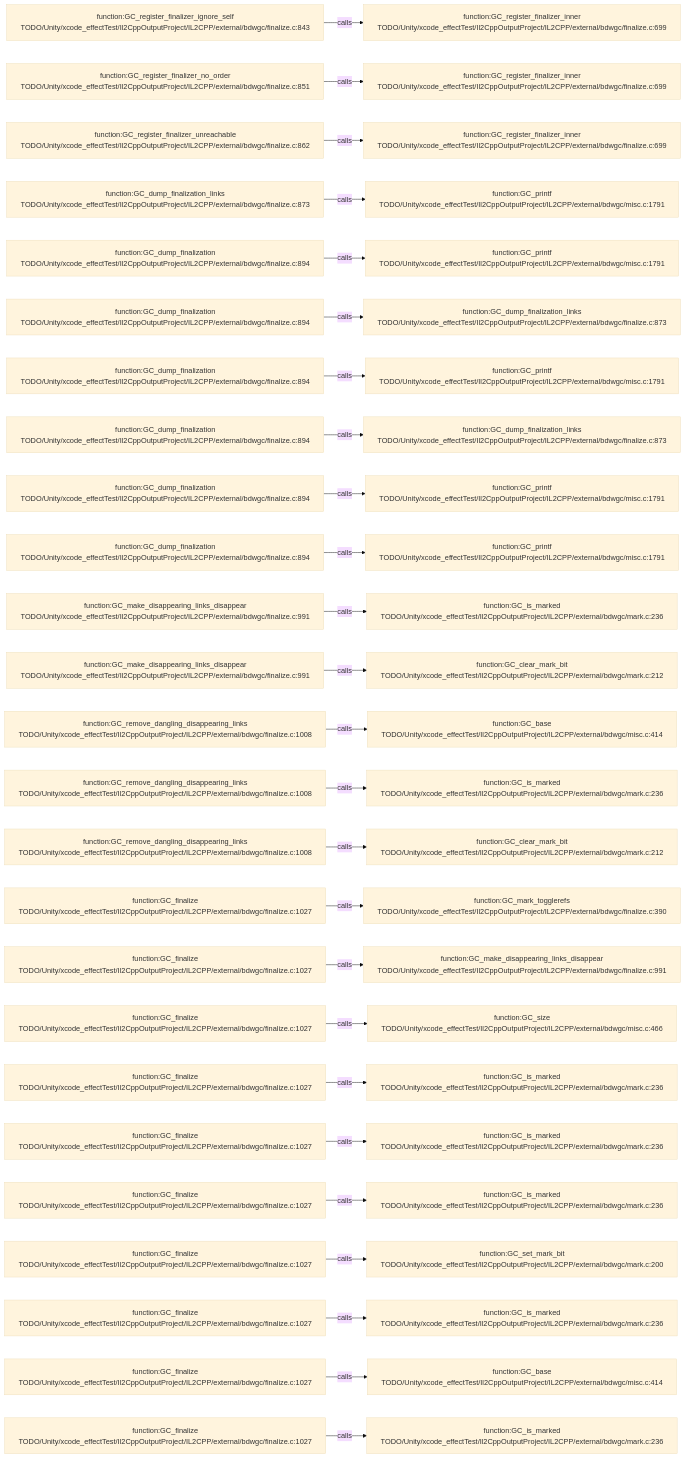
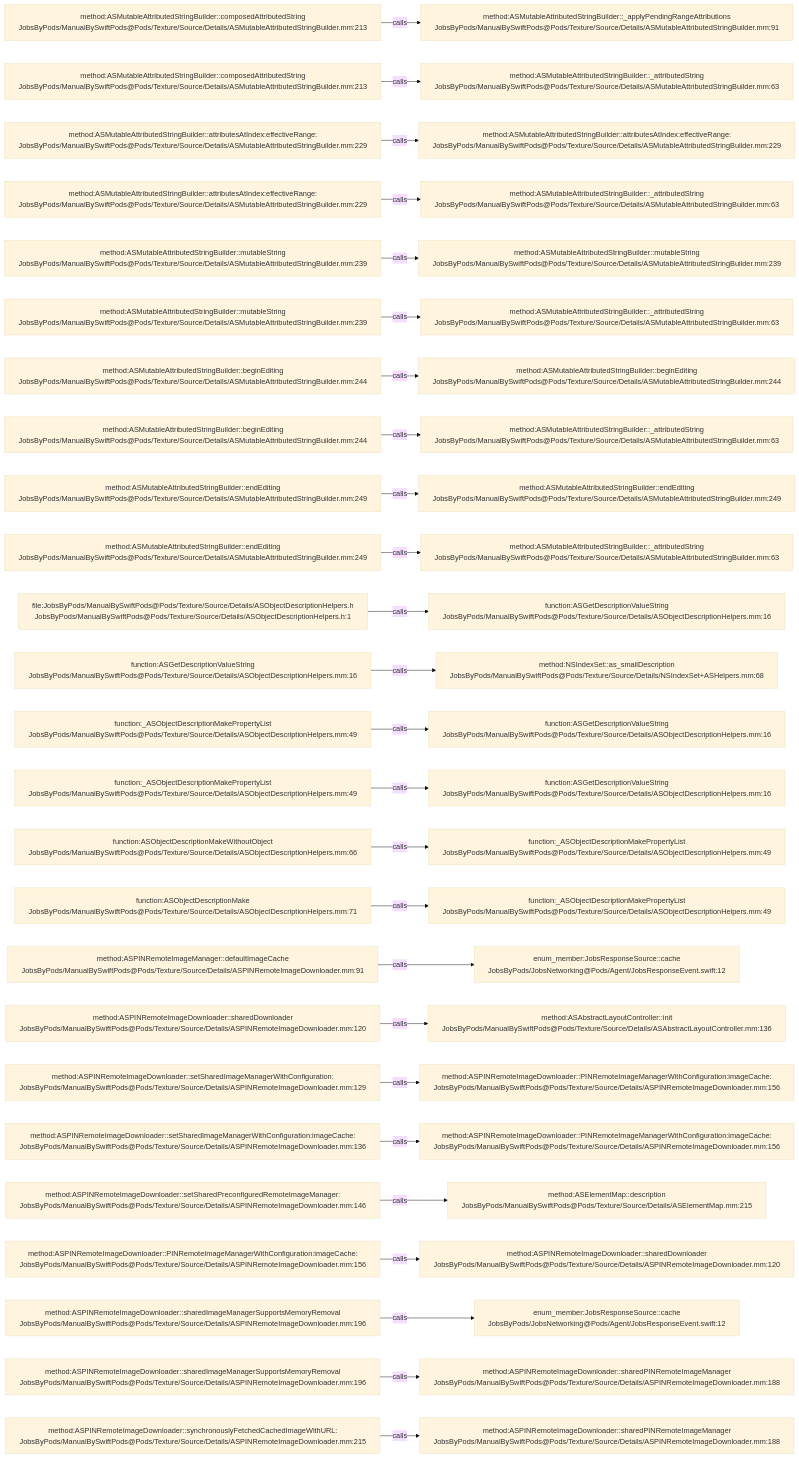
One commit to JobsKits/JobsSwiftBaseConfigDemo changed the diagram in .codegraph/codegraph.md/graphs/calls-110.md. Above: the diagram before and after it, drawn with Mermaid (base theme). The commit also changed 2959 other files, not shown here.

````diff
--- a/.codegraph/codegraph.md/graphs/calls-110.md
+++ b/.codegraph/codegraph.md/graphs/calls-110.md
@@ -13,78 +13,78 @@
 ```mermaid
 flowchart LR
-  S1["function:GC_register_finalizer_ignore_self<br/>TODO/Unity/xcode_effectTest/Il2CppOutputProject/IL2CPP/external/bdwgc/finalize.c:843"]
-  T1["function:GC_register_finalizer_inner<br/>TODO/Unity/xcode_effectTest/Il2CppOutputProject/IL2CPP/external/bdwgc/finalize.c:699"]
+  S1["method:ASMutableAttributedStringBuilder::composedAttributedString<br/>JobsByPods/ManualBySwiftPods@Pods/Texture/Source/Details/ASMutableAttributedStringBuilder.mm:213"]
+  T1["method:ASMutableAttributedStringBuilder::_applyPendingRangeAttributions<br/>JobsByPods/ManualBySwiftPods@Pods/Texture/Source/Details/ASMutableAttributedStringBuilder.mm:91"]
   S1 -->|calls| T1
-  S2["function:GC_register_finalizer_no_order<br/>TODO/Unity/xcode_effectTest/Il2CppOutputProject/IL2CPP/external/bdwgc/finalize.c:851"]
-  T2["function:GC_register_finalizer_inner<br/>TODO/Unity/xcode_effectTest/Il2CppOutputProject/IL2CPP/external/bdwgc/finalize.c:699"]
+  S2["method:ASMutableAttributedStringBuilder::composedAttributedString<br/>JobsByPods/ManualBySwiftPods@Pods/Texture/Source/Details/ASMutableAttributedStringBuilder.mm:213"]
+  T2["method:ASMutableAttributedStringBuilder::_attributedString<br/>JobsByPods/ManualBySwiftPods@Pods/Texture/Source/Details/ASMutableAttributedStringBuilder.mm:63"]
   S2 -->|calls| T2
-  S3["function:GC_register_finalizer_unreachable<br/>TODO/Unity/xcode_effectTest/Il2CppOutputProject/IL2CPP/external/bdwgc/finalize.c:862"]
-  T3["function:GC_register_finalizer_inner<br/>TODO/Unity/xcode_effectTest/Il2CppOutputProject/IL2CPP/external/bdwgc/finalize.c:699"]
+  S3["method:ASMutableAttributedStringBuilder::attributesAtIndex:effectiveRange:<br/>JobsByPods/ManualBySwiftPods@Pods/Texture/Source/Details/ASMutableAttributedStringBuilder.mm:229"]
+  T3["method:ASMutableAttributedStringBuilder::attributesAtIndex:effectiveRange:<br/>JobsByPods/ManualBySwiftPods@Pods/Texture/Source/Details/ASMutableAttributedStringBuilder.mm:229"]
   S3 -->|calls| T3
-  S4["function:GC_dump_finalization_links<br/>TODO/Unity/xcode_effectTest/Il2CppOutputProject/IL2CPP/external/bdwgc/finalize.c:873"]
-  T4["function:GC_printf<br/>TODO/Unity/xcode_effectTest/Il2CppOutputProject/IL2CPP/external/bdwgc/misc.c:1791"]
+  S4["method:ASMutableAttributedStringBuilder::attributesAtIndex:effectiveRange:<br/>JobsByPods/ManualBySwiftPods@Pods/Texture/Source/Details/ASMutableAttributedStringBuilder.mm:229"]
+  T4["method:ASMutableAttributedStringBuilder::_attributedString<br/>JobsByPods/ManualBySwiftPods@Pods/Texture/Source/Details/ASMutableAttributedStringBuilder.mm:63"]
   S4 -->|calls| T4
-  S5["function:GC_dump_finalization<br/>TODO/Unity/xcode_effectTest/Il2CppOutputProject/IL2CPP/external/bdwgc/finalize.c:894"]
-  T5["function:GC_printf<br/>TODO/Unity/xcode_effectTest/Il2CppOutputProject/IL2CPP/external/bdwgc/misc.c:1791"]
+  S5["method:ASMutableAttributedStringBuilder::mutableString<br/>JobsByPods/ManualBySwiftPods@Pods/Texture/Source/Details/ASMutableAttributedStringBuilder.mm:239"]
+  T5["method:ASMutableAttributedStringBuilder::mutableString<br/>JobsByPods/ManualBySwiftPods@Pods/Texture/Source/Details/ASMutableAttributedStringBuilder.mm:239"]
   S5 -->|calls| T5
-  S6["function:GC_dump_finalization<br/>TODO/Unity/xcode_effectTest/Il2CppOutputProject/IL2CPP/external/bdwgc/finalize.c:894"]
-  T6["function:GC_dump_finalization_links<br/>TODO/Unity/xcode_effectTest/Il2CppOutputProject/IL2CPP/external/bdwgc/finalize.c:873"]
+  S6["method:ASMutableAttributedStringBuilder::mutableString<br/>JobsByPods/ManualBySwiftPods@Pods/Texture/Source/Details/ASMutableAttributedStringBuilder.mm:239"]
+  T6["method:ASMutableAttributedStringBuilder::_attributedString<br/>JobsByPods/ManualBySwiftPods@Pods/Texture/Source/Details/ASMutableAttributedStringBuilder.mm:63"]
   S6 -->|calls| T6
-  S7["function:GC_dump_finalization<br/>TODO/Unity/xcode_effectTest/Il2CppOutputProject/IL2CPP/external/bdwgc/finalize.c:894"]
-  T7["function:GC_printf<br/>TODO/Unity/xcode_effectTest/Il2CppOutputProject/IL2CPP/external/bdwgc/misc.c:1791"]
+  S7["method:ASMutableAttributedStringBuilder::beginEditing<br/>JobsByPods/ManualBySwiftPods@Pods/Texture/Source/Details/ASMutableAttributedStringBuilder.mm:244"]
+  T7["method:ASMutableAttributedStringBuilder::beginEditing<br/>JobsByPods/ManualBySwiftPods@Pods/Texture/Source/Details/ASMutableAttributedStringBuilder.mm:244"]
   S7 -->|calls| T7
-  S8["function:GC_dump_finalization<br/>TODO/Unity/xcode_effectTest/Il2CppOutputProject/IL2CPP/external/bdwgc/finalize.c:894"]
-  T8["function:GC_dump_finalization_links<br/>TODO/Unity/xcode_effectTest/Il2CppOutputProject/IL2CPP/external/bdwgc/finalize.c:873"]
+  S8["method:ASMutableAttributedStringBuilder::beginEditing<br/>JobsByPods/ManualBySwiftPods@Pods/Texture/Source/Details/ASMutableAttributedStringBuilder.mm:244"]
+  T8["method:ASMutableAttributedStringBuilder::_attributedString<br/>JobsByPods/ManualBySwiftPods@Pods/Texture/Source/Details/ASMutableAttributedStringBuilder.mm:63"]
   S8 -->|calls| T8
-  S9["function:GC_dump_finalization<br/>TODO/Unity/xcode_effectTest/Il2CppOutputProject/IL2CPP/external/bdwgc/finalize.c:894"]
-  T9["function:GC_printf<br/>TODO/Unity/xcode_effectTest/Il2CppOutputProject/IL2CPP/external/bdwgc/misc.c:1791"]
+  S9["method:ASMutableAttributedStringBuilder::endEditing<br/>JobsByPods/ManualBySwiftPods@Pods/Texture/Source/Details/ASMutableAttributedStringBuilder.mm:249"]
+  T9["method:ASMutableAttributedStringBuilder::endEditing<br/>JobsByPods/ManualBySwiftPods@Pods/Texture/Source/Details/ASMutableAttributedStringBuilder.mm:249"]
   S9 -->|calls| T9
-  S10["function:GC_dump_finalization<br/>TODO/Unity/xcode_effectTest/Il2CppOutputProject/IL2CPP/external/bdwgc/finalize.c:894"]
-  T10["function:GC_printf<br/>TODO/Unity/xcode_effectTest/Il2CppOutputProject/IL2CPP/external/bdwgc/misc.c:1791"]
+  S10["method:ASMutableAttributedStringBuilder::endEditing<br/>JobsByPods/ManualBySwiftPods@Pods/Texture/Source/Details/ASMutableAttributedStringBuilder.mm:249"]
+  T10["method:ASMutableAttributedStringBuilder::_attributedString<br/>JobsByPods/ManualBySwiftPods@Pods/Texture/Source/Details/ASMutableAttributedStringBuilder.mm:63"]
   S10 -->|calls| T10
-  S11["function:GC_make_disappearing_links_disappear<br/>TODO/Unity/xcode_effectTest/Il2CppOutputProject/IL2CPP/external/bdwgc/finalize.c:991"]
-  T11["function:GC_is_marked<br/>TODO/Unity/xcode_effectTest/Il2CppOutputProject/IL2CPP/external/bdwgc/mark.c:236"]
+  S11["file:JobsByPods/ManualBySwiftPods@Pods/Texture/Source/Details/ASObjectDescriptionHelpers.h<br/>JobsByPods/ManualBySwiftPods@Pods/Texture/Source/Details/ASObjectDescriptionHelpers.h:1"]
+  T11["function:ASGetDescriptionValueString<br/>JobsByPods/ManualBySwiftPods@Pods/Texture/Source/Details/ASObjectDescriptionHelpers.mm:16"]
   S11 -->|calls| T11
-  S12["function:GC_make_disappearing_links_disappear<br/>TODO/Unity/xcode_effectTest/Il2CppOutputProject/IL2CPP/external/bdwgc/finalize.c:991"]
-  T12["function:GC_clear_mark_bit<br/>TODO/Unity/xcode_effectTest/Il2CppOutputProject/IL2CPP/external/bdwgc/mark.c:212"]
+  S12["function:ASGetDescriptionValueString<br/>JobsByPods/ManualBySwiftPods@Pods/Texture/Source/Details/ASObjectDescriptionHelpers.mm:16"]
+  T12["method:NSIndexSet::as_smallDescription<br/>JobsByPods/ManualBySwiftPods@Pods/Texture/Source/Details/NSIndexSet+ASHelpers.mm:68"]
   S12 -->|calls| T12
-  S13["function:GC_remove_dangling_disappearing_links<br/>TODO/Unity/xcode_effectTest/Il2CppOutputProject/IL2CPP/external/bdwgc/finalize.c:1008"]
-  T13["function:GC_base<br/>TODO/Unity/xcode_effectTest/Il2CppOutputProject/IL2CPP/external/bdwgc/misc.c:414"]
+  S13["function:_ASObjectDescriptionMakePropertyList<br/>JobsByPods/ManualBySwiftPods@Pods/Texture/Source/Details/ASObjectDescriptionHelpers.mm:49"]
+  T13["function:ASGetDescriptionValueString<br/>JobsByPods/ManualBySwiftPods@Pods/Texture/Source/Details/ASObjectDescriptionHelpers.mm:16"]
   S13 -->|calls| T13
-  S14["function:GC_remove_dangling_disappearing_links<br/>TODO/Unity/xcode_effectTest/Il2CppOutputProject/IL2CPP/external/bdwgc/finalize.c:1008"]
-  T14["function:GC_is_marked<br/>TODO/Unity/xcode_effectTest/Il2CppOutputProject/IL2CPP/external/bdwgc/mark.c:236"]
+  S14["function:_ASObjectDescriptionMakePropertyList<br/>JobsByPods/ManualBySwiftPods@Pods/Texture/Source/Details/ASObjectDescriptionHelpers.mm:49"]
+  T14["function:ASGetDescriptionValueString<br/>JobsByPods/ManualBySwiftPods@Pods/Texture/Source/Details/ASObjectDescriptionHelpers.mm:16"]
   S14 -->|calls| T14
-  S15["function:GC_remove_dangling_disappearing_links<br/>TODO/Unity/xcode_effectTest/Il2CppOutputProject/IL2CPP/external/bdwgc/finalize.c:1008"]
-  T15["function:GC_clear_mark_bit<br/>TODO/Unity/xcode_effectTest/Il2CppOutputProject/IL2CPP/external/bdwgc/mark.c:212"]
+  S15["function:ASObjectDescriptionMakeWithoutObject<br/>JobsByPods/ManualBySwiftPods@Pods/Texture/Source/Details/ASObjectDescriptionHelpers.mm:66"]
+  T15["function:_ASObjectDescriptionMakePropertyList<br/>JobsByPods/ManualBySwiftPods@Pods/Texture/Source/Details/ASObjectDescriptionHelpers.mm:49"]
   S15 -->|calls| T15
-  S16["function:GC_finalize<br/>TODO/Unity/xcode_effectTest/Il2CppOutputProject/IL2CPP/external/bdwgc/finalize.c:1027"]
-  T16["function:GC_mark_togglerefs<br/>TODO/Unity/xcode_effectTest/Il2CppOutputProject/IL2CPP/external/bdwgc/finalize.c:390"]
+  S16["function:ASObjectDescriptionMake<br/>JobsByPods/ManualBySwiftPods@Pods/Texture/Source/Details/ASObjectDescriptionHelpers.mm:71"]
+  T16["function:_ASObjectDescriptionMakePropertyList<br/>JobsByPods/ManualBySwiftPods@Pods/Texture/Source/Details/ASObjectDescriptionHelpers.mm:49"]
   S16 -->|calls| T16
-  S17["function:GC_finalize<br/>TODO/Unity/xcode_effectTest/Il2CppOutputProject/IL2CPP/external/bdwgc/finalize.c:1027"]
-  T17["function:GC_make_disappearing_links_disappear<br/>TODO/Unity/xcode_effectTest/Il2CppOutputProject/IL2CPP/external/bdwgc/finalize.c:991"]
+  S17["method:ASPINRemoteImageManager::defaultImageCache<br/>JobsByPods/ManualBySwiftPods@Pods/Texture/Source/Details/ASPINRemoteImageDownloader.mm:91"]
+  T17["enum_member:JobsResponseSource::cache<br/>JobsByPods/JobsNetworking@Pods/Agent/JobsResponseEvent.swift:12"]
   S17 -->|calls| T17
-  S18["function:GC_finalize<br/>TODO/Unity/xcode_effectTest/Il2CppOutputProject/IL2CPP/external/bdwgc/finalize.c:1027"]
-  T18["function:GC_size<br/>TODO/Unity/xcode_effectTest/Il2CppOutputProject/IL2CPP/external/bdwgc/misc.c:466"]
+  S18["method:ASPINRemoteImageDownloader::sharedDownloader<br/>JobsByPods/ManualBySwiftPods@Pods/Texture/Source/Details/ASPINRemoteImageDownloader.mm:120"]
+  T18["method:ASAbstractLayoutController::init<br/>JobsByPods/ManualBySwiftPods@Pods/Texture/Source/Details/ASAbstractLayoutController.mm:136"]
   S18 -->|calls| T18
-  S19["function:GC_finalize<br/>TODO/Unity/xcode_effectTest/Il2CppOutputProject/IL2CPP/external/bdwgc/finalize.c:1027"]
-  T19["function:GC_is_marked<br/>TODO/Unity/xcode_effectTest/Il2CppOutputProject/IL2CPP/external/bdwgc/mark.c:236"]
+  S19["method:ASPINRemoteImageDownloader::setSharedImageManagerWithConfiguration:<br/>JobsByPods/ManualBySwiftPods@Pods/Texture/Source/Details/ASPINRemoteImageDownloader.mm:129"]
+  T19["method:ASPINRemoteImageDownloader::PINRemoteImageManagerWithConfiguration:imageCache:<br/>JobsByPods/ManualBySwiftPods@Pods/Texture/Source/Details/ASPINRemoteImageDownloader.mm:156"]
   S19 -->|calls| T19
-  S20["function:GC_finalize<br/>TODO/Unity/xcode_effectTest/Il2CppOutputProject/IL2CPP/external/bdwgc/finalize.c:1027"]
-  T20["function:GC_is_marked<br/>TODO/Unity/xcode_effectTest/Il2CppOutputProject/IL2CPP/external/bdwgc/mark.c:236"]
+  S20["method:ASPINRemoteImageDownloader::setSharedImageManagerWithConfiguration:imageCache:<br/>JobsByPods/ManualBySwiftPods@Pods/Texture/Source/Details/ASPINRemoteImageDownloader.mm:136"]
+  T20["method:ASPINRemoteImageDownloader::PINRemoteImageManagerWithConfiguration:imageCache:<br/>JobsByPods/ManualBySwiftPods@Pods/Texture/Source/Details/ASPINRemoteImageDownloader.mm:156"]
   S20 -->|calls| T20
-  S21["function:GC_finalize<br/>TODO/Unity/xcode_effectTest/Il2CppOutputProject/IL2CPP/external/bdwgc/finalize.c:1027"]
-  T21["function:GC_is_marked<br/>TODO/Unity/xcode_effectTest/Il2CppOutputProject/IL2CPP/external/bdwgc/mark.c:236"]
+  S21["method:ASPINRemoteImageDownloader::setSharedPreconfiguredRemoteImageManager:<br/>JobsByPods/ManualBySwiftPods@Pods/Texture/Source/Details/ASPINRemoteImageDownloader.mm:146"]
+  T21["method:ASElementMap::description<br/>JobsByPods/ManualBySwiftPods@Pods/Texture/Source/Details/ASElementMap.mm:215"]
   S21 -->|calls| T21
-  S22["function:GC_finalize<br/>TODO/Unity/xcode_effectTest/Il2CppOutputProject/IL2CPP/external/bdwgc/finalize.c:1027"]
-  T22["function:GC_set_mark_bit<br/>TODO/Unity/xcode_effectTest/Il2CppOutputProject/IL2CPP/external/bdwgc/mark.c:200"]
+  S22["method:ASPINRemoteImageDownloader::PINRemoteImageManagerWithConfiguration:imageCache:<br/>JobsByPods/ManualBySwiftPods@Pods/Texture/Source/Details/ASPINRemoteImageDownloader.mm:156"]
+  T22["method:ASPINRemoteImageDownloader::sharedDownloader<br/>JobsByPods/ManualBySwiftPods@Pods/Texture/Source/Details/ASPINRemoteImageDownloader.mm:120"]
   S22 -->|calls| T22
-  S23["function:GC_finalize<br/>TODO/Unity/xcode_effectTest/Il2CppOutputProject/IL2CPP/external/bdwgc/finalize.c:1027"]
-  T23["function:GC_is_marked<br/>TODO/Unity/xcode_effectTest/Il2CppOutputProject/IL2CPP/external/bdwgc/mark.c:236"]
+  S23["method:ASPINRemoteImageDownloader::sharedImageManagerSupportsMemoryRemoval<br/>JobsByPods/ManualBySwiftPods@Pods/Texture/Source/Details/ASPINRemoteImageDownloader.mm:196"]
+  T23["enum_member:JobsResponseSource::cache<br/>JobsByPods/JobsNetworking@Pods/Agent/JobsResponseEvent.swift:12"]
   S23 -->|calls| T23
-  S24["function:GC_finalize<br/>TODO/Unity/xcode_effectTest/Il2CppOutputProject/IL2CPP/external/bdwgc/finalize.c:1027"]
-  T24["function:GC_base<br/>TODO/Unity/xcode_effectTest/Il2CppOutputProject/IL2CPP/external/bdwgc/misc.c:414"]
+  S24["method:ASPINRemoteImageDownloader::sharedImageManagerSupportsMemoryRemoval<br/>JobsByPods/ManualBySwiftPods@Pods/Texture/Source/Details/ASPINRemoteImageDownloader.mm:196"]
+  T24["method:ASPINRemoteImageDownloader::sharedPINRemoteImageManager<br/>JobsByPods/ManualBySwiftPods@Pods/Texture/Source/Details/ASPINRemoteImageDownloader.mm:188"]
   S24 -->|calls| T24
-  S25["function:GC_finalize<br/>TODO/Unity/xcode_effectTest/Il2CppOutputProject/IL2CPP/external/bdwgc/finalize.c:1027"]
-  T25["function:GC_is_marked<br/>TODO/Unity/xcode_effectTest/Il2CppOutputProject/IL2CPP/external/bdwgc/mark.c:236"]
+  S25["method:ASPINRemoteImageDownloader::synchronouslyFetchedCachedImageWithURL:<br/>JobsByPods/ManualBySwiftPods@Pods/Texture/Source/Details/ASPINRemoteImageDownloader.mm:215"]
+  T25["method:ASPINRemoteImageDownloader::sharedPINRemoteImageManager<br/>JobsByPods/ManualBySwiftPods@Pods/Texture/Source/Details/ASPINRemoteImageDownloader.mm:188"]
   S25 -->|calls| T25
 ```
````
